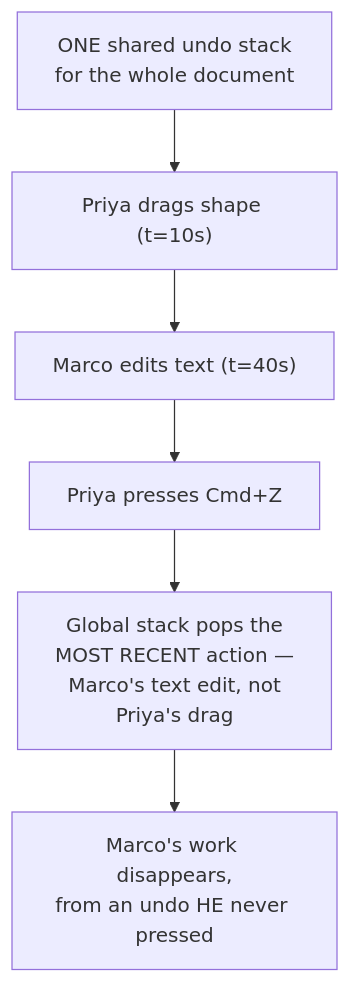
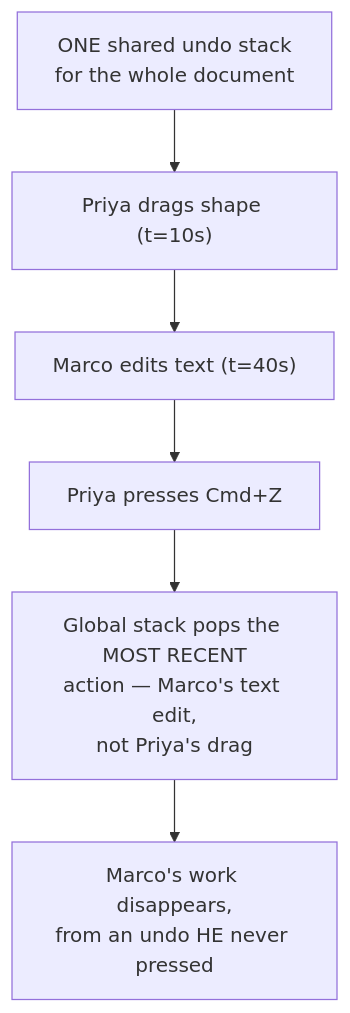
Before and after one commit to riyaz-pasha/Learnings: the ninth of 14 diagrams in system-design/HLD/0-course/55-Design-a-Real-Time-Collaborative-Canvas-Figma-FAANG-Guide-story.md, drawn with Mermaid. The commit also changed other lines of this file and 1 other file, not shown here.

Commit message:
[REWRITE] Real-Time Collaborative Canvas Figma story guide: simplify prose, add structure, fix diagrams

````diff
--- a/system-design/HLD/0-course/55-Design-a-Real-Time-Collaborative-Canvas-Figma-FAANG-Guide-story.md
+++ b/system-design/HLD/0-course/55-Design-a-Real-Time-Collaborative-Canvas-Figma-FAANG-Guide-story.md
@@ -210,8 +460,8 @@
 ```mermaid
 flowchart TD
-    A["ONE shared undo stack\nfor the whole document"] --> B["Priya drags shape (t=10s)"]
+    A["ONE shared undo stack<br/>for the whole document"] --> B["Priya drags shape (t=10s)"]
     B --> C["Marco edits text (t=40s)"]
     C --> D["Priya presses Cmd+Z"]
-    D --> E["Global stack pops the\nMOST RECENT action —\nMarco's text edit, not\nPriya's drag"]
-    E --> F["Marco's work disappears,\nfrom an undo HE never pressed"]
+    D --> E["Global stack pops the MOST RECENT<br/>action — Marco's text edit,<br/>not Priya's drag"]
+    E --> F["Marco's work disappears,<br/>from an undo HE never pressed"]
 ```
````
